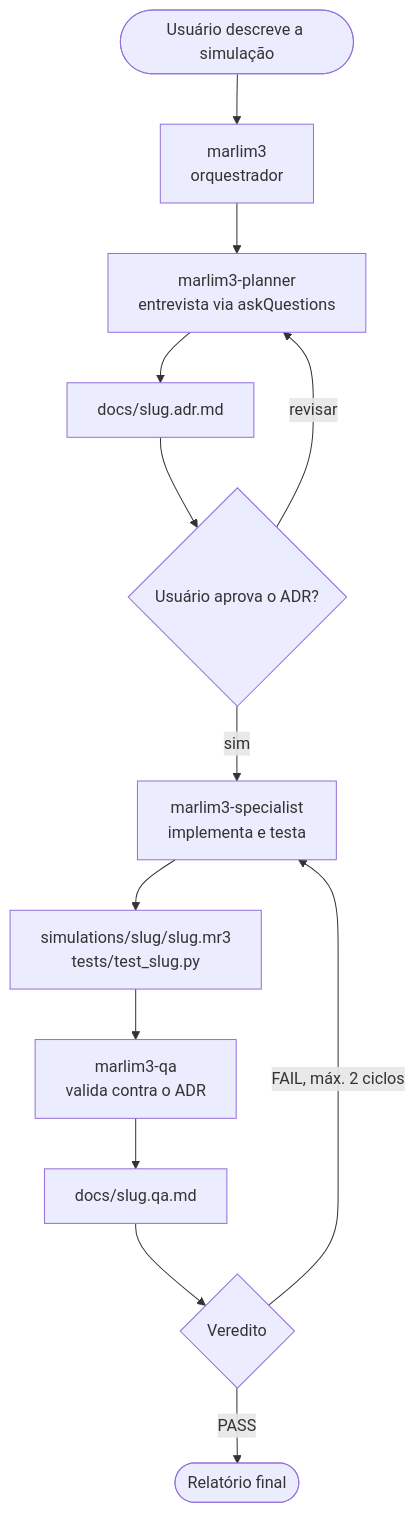
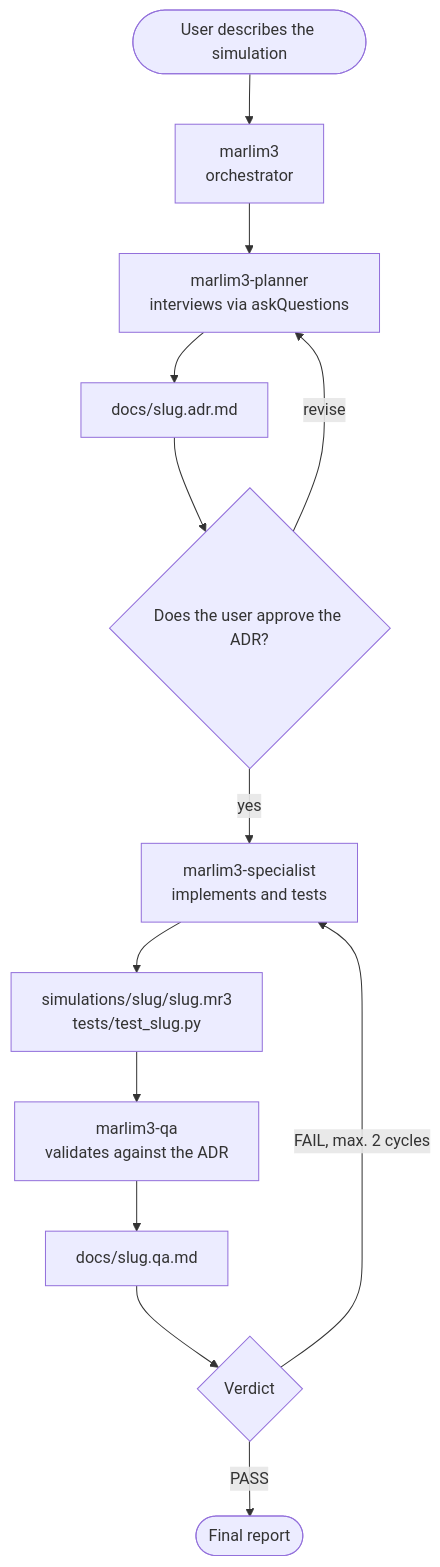
The first of 2 diagrams in .github/README-agents.md (petrobras/marlim3), drawn with Mermaid before and after one commit. The commit also changed other lines of this file, not shown here.

````diff
--- a/.github/README-agents.md
+++ b/.github/README-agents.md
@@ -7,15 +7,15 @@
 ```mermaid
 flowchart TD
-    U([Usuário descreve a simulação]) --> O[marlim3<br/>orquestrador]
-    O --> P[marlim3-planner<br/>entrevista via askQuestions]
+    U([User describes the simulation]) --> O[marlim3<br/>orchestrator]
+    O --> P[marlim3-planner<br/>interviews via askQuestions]
     P --> ADR["docs/slug.adr.md"]
-    ADR --> G{Usuário aprova o ADR?}
-    G -- revisar --> P
-    G -- sim --> S[marlim3-specialist<br/>implementa e testa]
+    ADR --> G{Does the user approve the ADR?}
+    G -- revise --> P
+    G -- yes --> S[marlim3-specialist<br/>implements and tests]
     S --> IMPL["simulations/slug/slug.mr3<br/>tests/test_slug.py"]
-    IMPL --> Q[marlim3-qa<br/>valida contra o ADR]
+    IMPL --> Q[marlim3-qa<br/>validates against the ADR]
     Q --> R["docs/slug.qa.md"]
-    R --> V{Veredito}
-    V -- FAIL, máx. 2 ciclos --> S
-    V -- PASS --> F([Relatório final])
+    R --> V{Verdict}
+    V -- FAIL, max. 2 cycles --> S
+    V -- PASS --> F([Final report])
 ```
````
